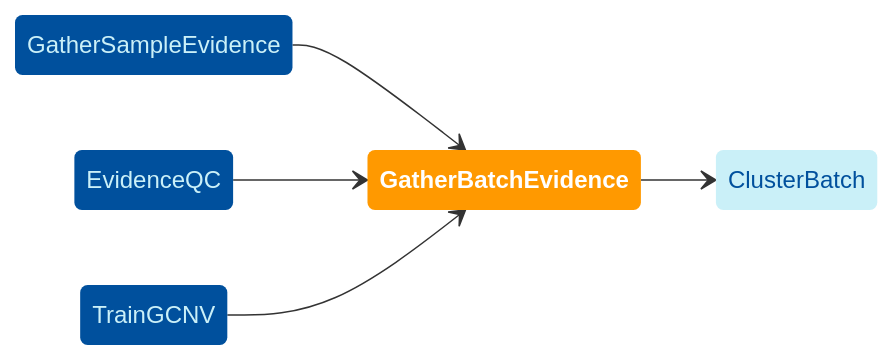
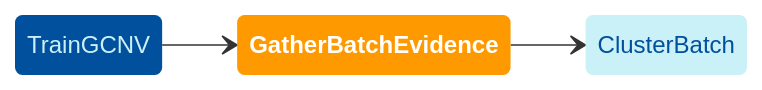
One commit to broadinstitute/gatk-sv changed the diagram in website/docs/modules/gather_batch_evidence.md. Above: the diagram before and after it, drawn with Mermaid. The commit also changed other lines of this file and 3 other files, not shown here.

Commit message:
update diagrams to display recommended invocation order.

````diff
--- a/website/docs/modules/gather_batch_evidence.md
+++ b/website/docs/modules/gather_batch_evidence.md
@@ -12,23 +16,19 @@
 ```mermaid
 
 stateDiagram
   direction LR
   
   classDef inModules stroke-width:0px,fill:#00509d,color:#caf0f8
   classDef thisModule font-weight:bold,stroke-width:0px,fill:#ff9900,color:white
   classDef outModules stroke-width:0px,fill:#caf0f8,color:#00509d
 
-  gse: GatherSampleEvidence
-  eqc: EvidenceQC
-  gcnv: TrainGCNV
   gbe: GatherBatchEvidence
-  cbe: ClusterBatch
-  gse --> gbe
-  eqc --> gbe
-  gcnv --> gbe
-  gbe --> cbe
+  t: TrainGCNV
+  cb: ClusterBatch
+  t --> gbe
+  gbe --> cb
   
   class gbe thisModule
-  class gse, eqc, gcnv inModules
-  class cbe outModules
+  class t inModules
+  class cb outModules
 ```
````
